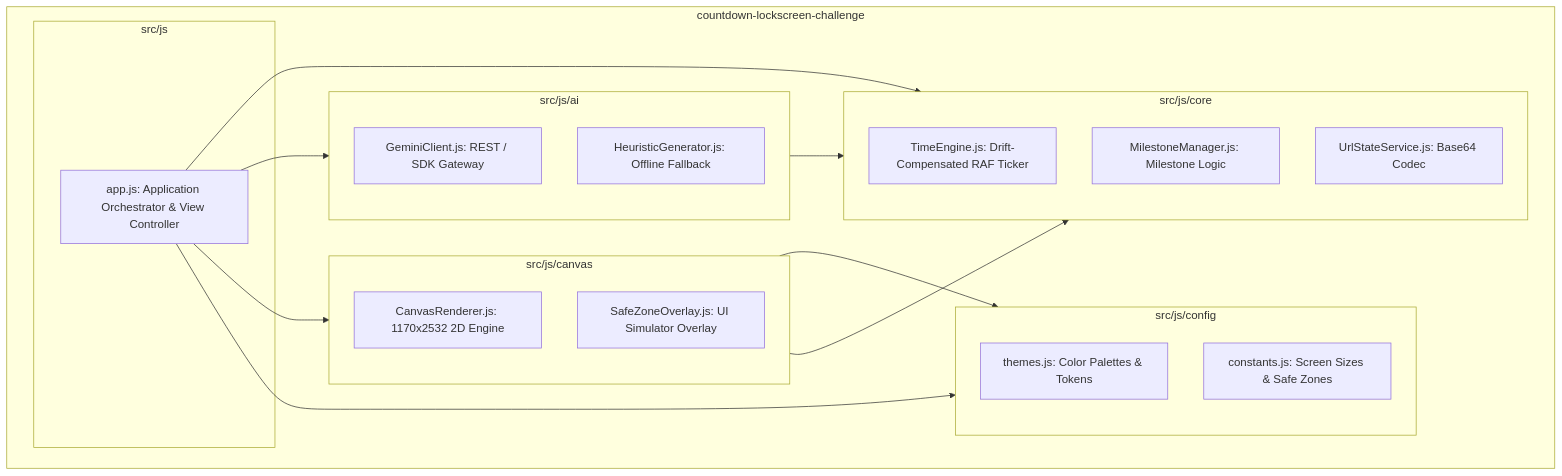
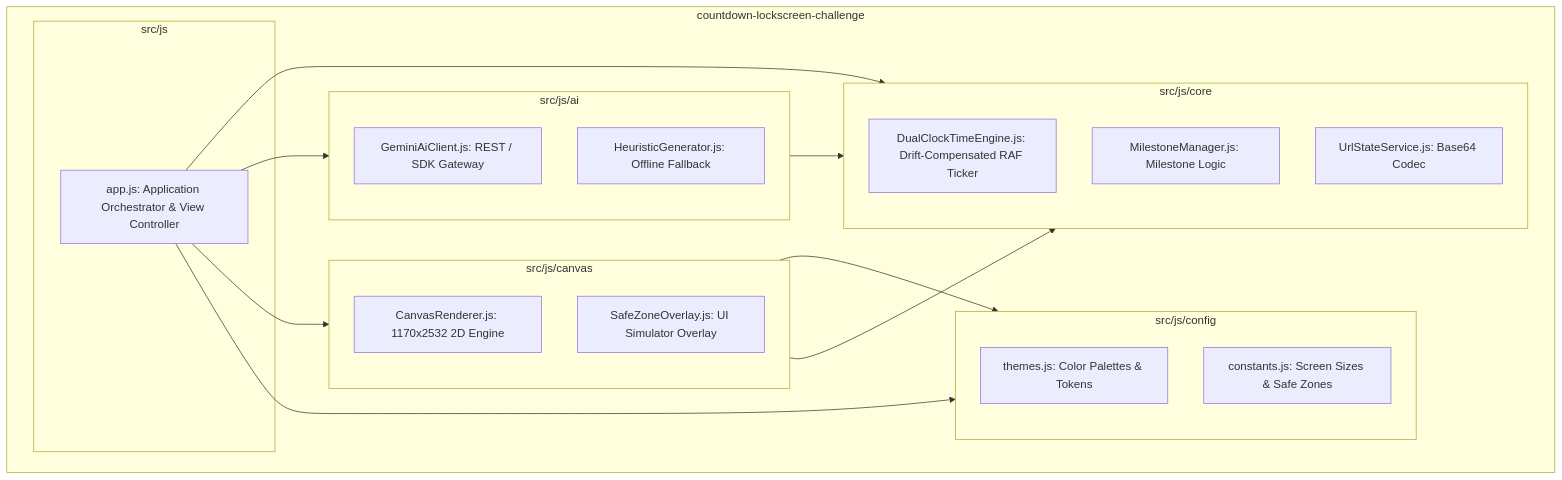
Before and after one commit to piyushmakhija28/countdown-lockscreen-challenge: the diagram in uml/package_diagram.md, drawn with Mermaid. The commit also changed 33 other files, not shown here.

Commit message:
docs(audit): remediate all forensic architectural, mathematical, and code blueprint defects to Level 2.2 standard

````diff
--- a/uml/package_diagram.md
+++ b/uml/package_diagram.md
@@ -3,38 +3,38 @@
 ```mermaid
 graph TD
     subgraph RootPackage [countdown-lockscreen-challenge]
         subgraph ConfigLayer [src/js/config]
             ThemeConfig[themes.js: Color Palettes & Tokens]
             AppConstants[constants.js: Screen Sizes & Safe Zones]
         end
 
         subgraph CoreLayer [src/js/core]
-            TimeEnginePkg[TimeEngine.js: Drift-Compensated RAF Ticker]
+            TimeEnginePkg[DualClockTimeEngine.js: Drift-Compensated RAF Ticker]
             MilestonePkg[MilestoneManager.js: Milestone Logic]
             UrlStatePkg[UrlStateService.js: Base64 Codec]
         end
 
         subgraph AILayer [src/js/ai]
-            GeminiClientPkg[GeminiClient.js: REST / SDK Gateway]
+            GeminiClientPkg[GeminiAiClient.js: REST / SDK Gateway]
             HeuristicPkg[HeuristicGenerator.js: Offline Fallback]
         end
 
         subgraph CanvasLayer [src/js/canvas]
             CanvasRendererPkg[CanvasRenderer.js: 1170x2532 2D Engine]
             SafeZoneOverlayPkg[SafeZoneOverlay.js: UI Simulator Overlay]
         end
 
         subgraph AppEntry [src/js]
             AppBootstrap[app.js: Application Orchestrator & View Controller]
         end
     end
 
     AppBootstrap --> CoreLayer
     AppBootstrap --> AILayer
     AppBootstrap --> CanvasLayer
     AppBootstrap --> ConfigLayer
     
     CanvasLayer --> ConfigLayer
     CanvasLayer --> CoreLayer
     AILayer --> CoreLayer
 ```
````
